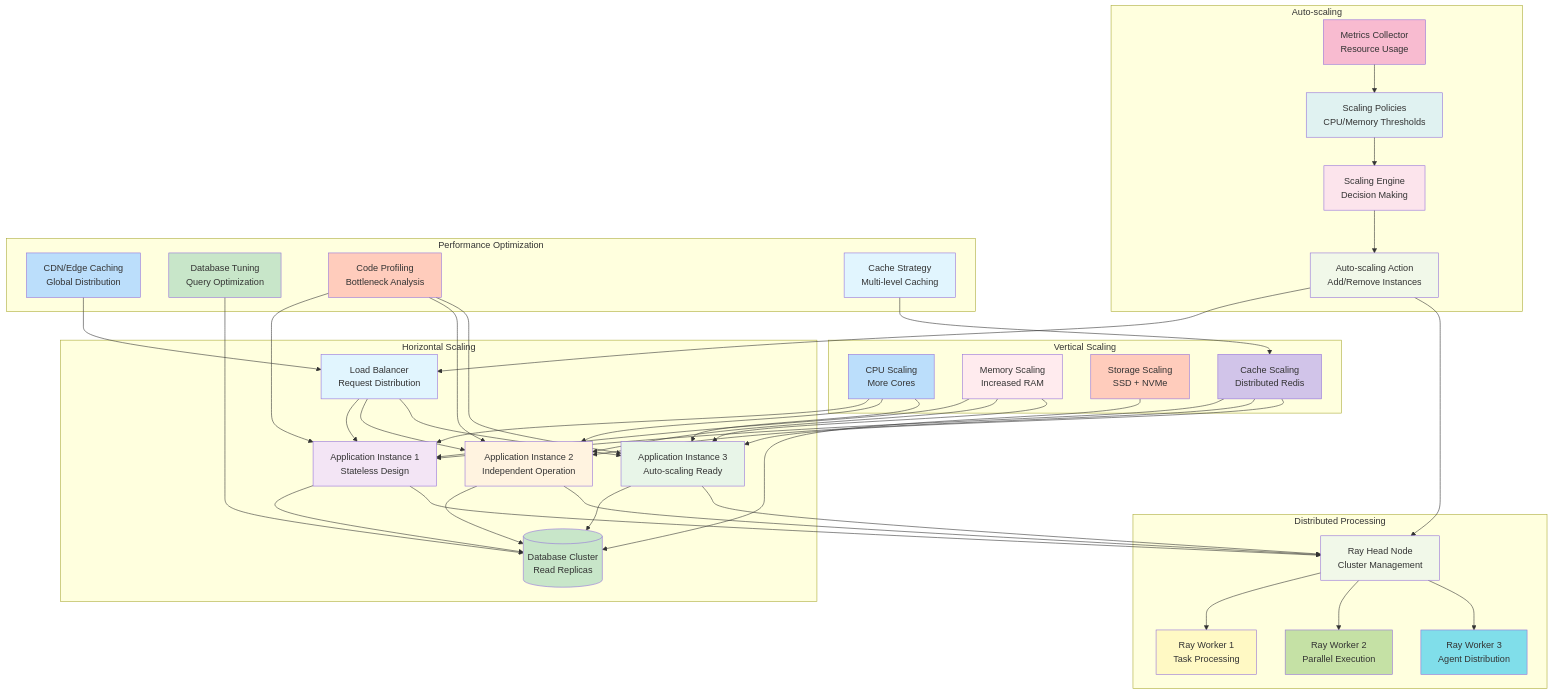
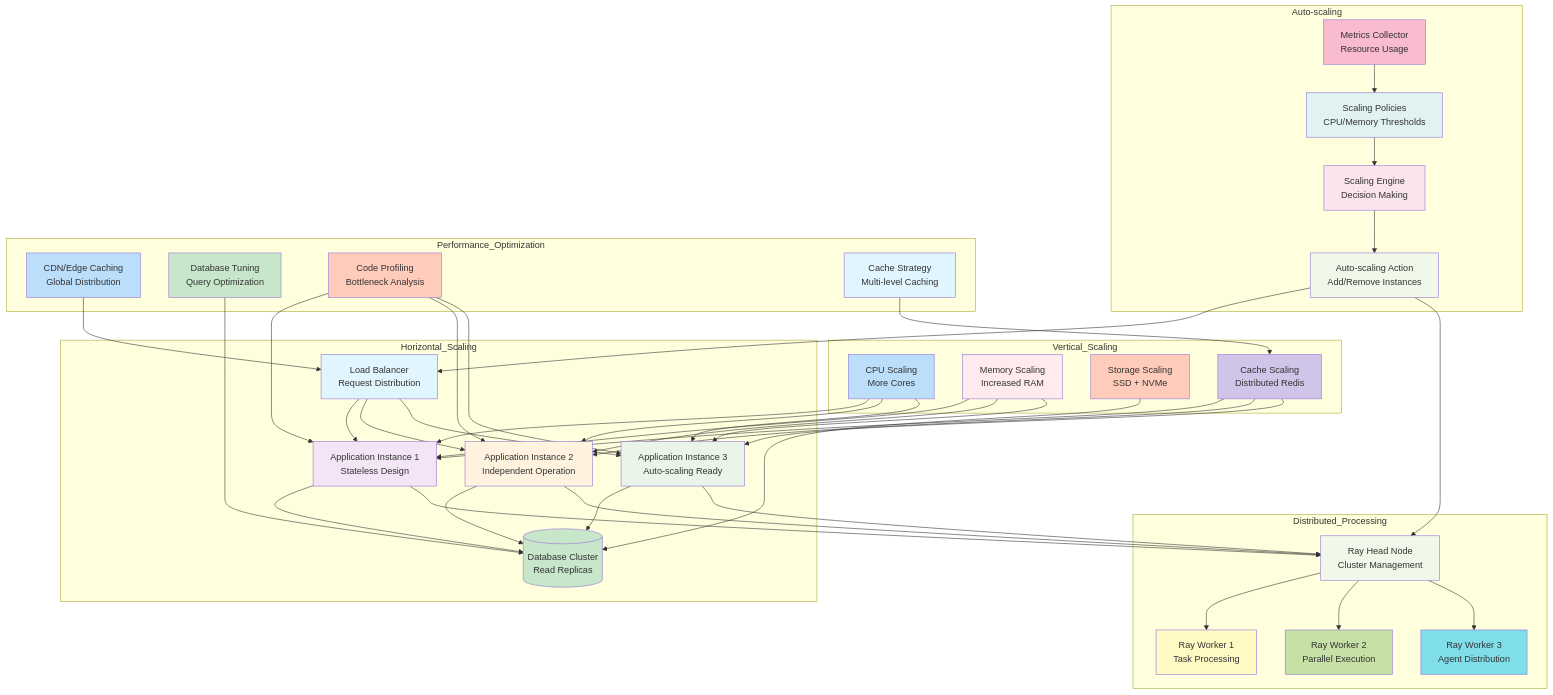
The tenth of 17 diagrams in decentralized-ai-simulation/docs/design.md (tanm-sys/build), drawn with Mermaid before and after one commit. The commit also changed other lines of this file and 5 other files, not shown here.

Commit message:
Fix Mermaid diagram parse errors in Markdown files (resolve LINK token issues on line 29 and others)

````diff
--- a/decentralized-ai-simulation/docs/design.md
+++ b/decentralized-ai-simulation/docs/design.md
@@ -719,6 +719,6 @@
 ```mermaid
 graph TB
-    subgraph "Horizontal Scaling"
+    subgraph "Horizontal_Scaling"
         LOAD_BALANCER[Load Balancer<br/>Request Distribution]
         APP1[Application Instance 1<br/>Stateless Design]
         APP2[Application Instance 2<br/>Independent Operation]
@@ -726,14 +726,14 @@
         DB_CLUSTER[(Database Cluster<br/>Read Replicas)]
     end
 
-    subgraph "Vertical Scaling"
+    subgraph "Vertical_Scaling"
         CPU_SCALE[CPU Scaling<br/>More Cores]
         RAM_SCALE[Memory Scaling<br/>Increased RAM]
         STORAGE_SCALE[Storage Scaling<br/>SSD + NVMe]
         CACHE_SCALE[Cache Scaling<br/>Distributed Redis]
     end
 
-    subgraph "Distributed Processing"
+    subgraph "Distributed_Processing"
         RAY_HEAD[Ray Head Node<br/>Cluster Management]
         RAY_WORKER1[Ray Worker 1<br/>Task Processing]
         RAY_WORKER2[Ray Worker 2<br/>Parallel Execution]
@@ -747,7 +747,7 @@
         SCALING_ACTION[Auto-scaling Action<br/>Add/Remove Instances]
     end
 
-    subgraph "Performance Optimization"
+    subgraph "Performance_Optimization"
         CDN_EDGE[CDN/Edge Caching<br/>Global Distribution]
         DB_OPTIMIZATION[Database Tuning<br/>Query Optimization]
         CODE_OPTIMIZATION[Code Profiling<br/>Bottleneck Analysis]
````
